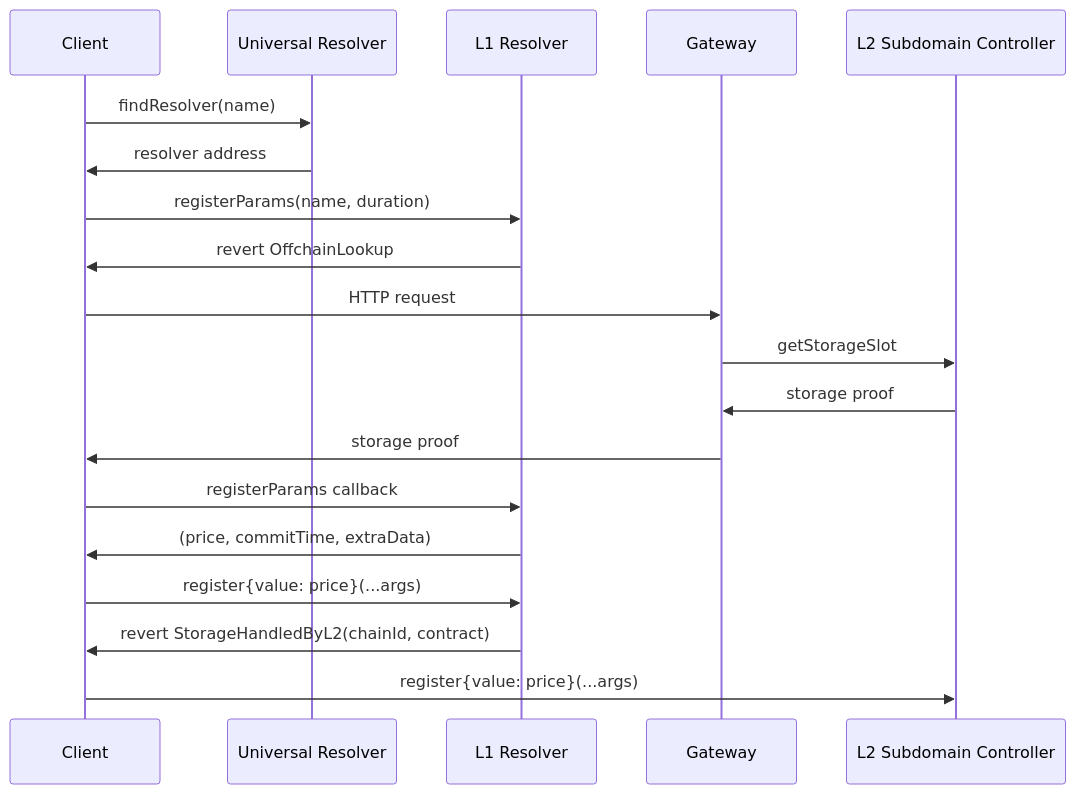
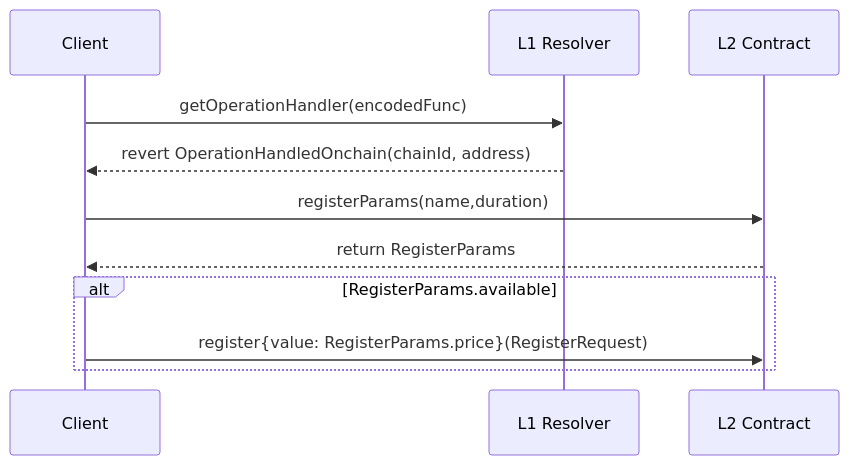
The third of 6 diagrams in ensips/TBD.md (ensdomains/ensips), drawn with Mermaid before and after one commit. The commit also changed other lines of this file, not shown here.

Commit message:
feat: Wildcard Writing based on Operation Router EIP

````diff
--- a/ensips/TBD.md
+++ b/ensips/TBD.md
@@ -178,22 +226,15 @@
 ```mermaid
 sequenceDiagram
     participant Client
-    participant UniversalResolver as Universal Resolver
-    participant L1Resolver as L1 Resolver
-    participant Gateway
-    participant L2SubdomainController as L2 Subdomain Controller
+    participant L1 Resolver
+    participant L2 Contract
 
-    Client->>UniversalResolver: findResolver(name)
-    UniversalResolver->>Client: resolver address
-    Client->>L1Resolver: registerParams(name, duration)
-    L1Resolver->>Client: revert OffchainLookup
-    Client->>Gateway: HTTP request
-    Gateway->>L2SubdomainController: getStorageSlot
-    L2SubdomainController->>Gateway: storage proof
-    Gateway->>Client: storage proof
-    Client->>L1Resolver: registerParams callback
-    L1Resolver->>Client: (price, commitTime, extraData)
-    Client->>L1Resolver: register{value: price}(...args)
-    L1Resolver->>Client: revert StorageHandledByL2(chainId, contract)
-    Client->>L2SubdomainController: register{value: price}(...args)
+    Client->>L1 Resolver: getOperationHandler(encodedFunc)
+    L1 Resolver-->>Client: revert OperationHandledOnchain(chainId, address)
+    Client->>L2 Contract: registerParams(name,duration)
+    L2 Contract-->>Client: return RegisterParams
+    alt RegisterParams.available
+        Client->>L2 Contract: register{value: RegisterParams.price}(RegisterRequest)
+    end
+
 ```
````
